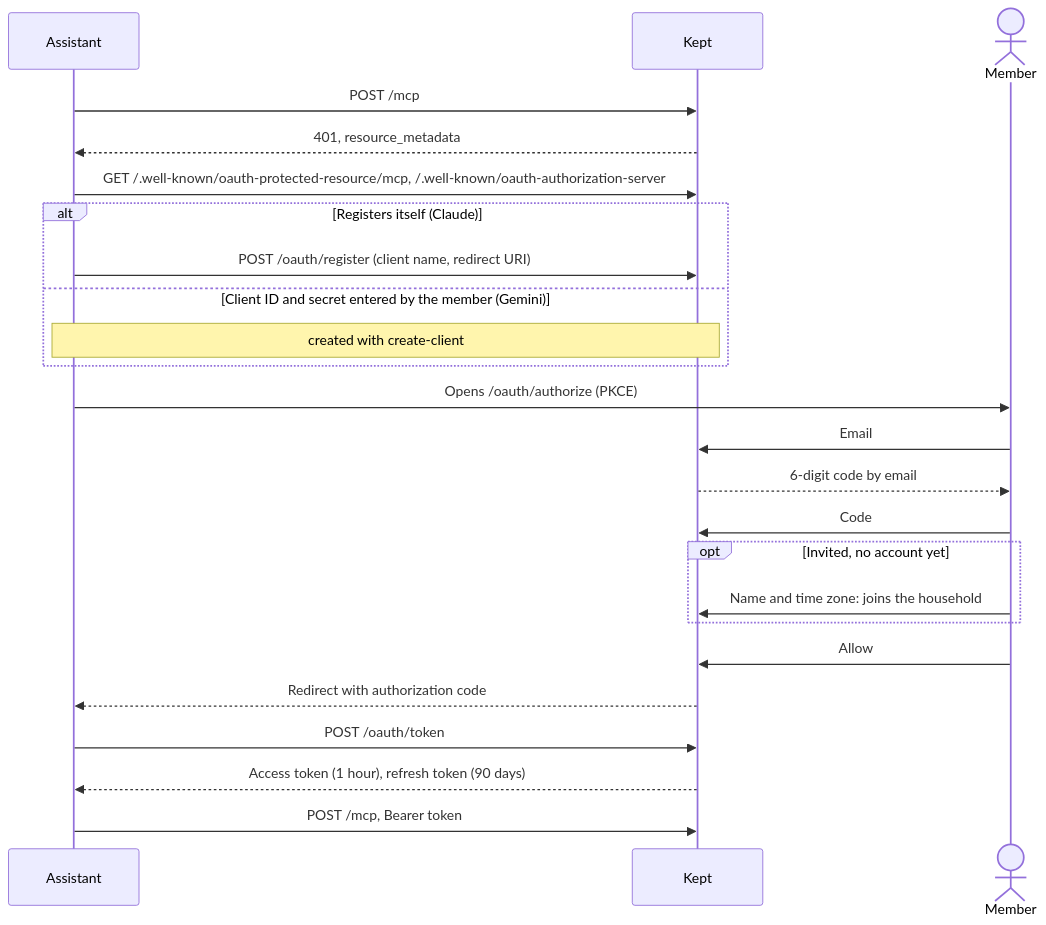
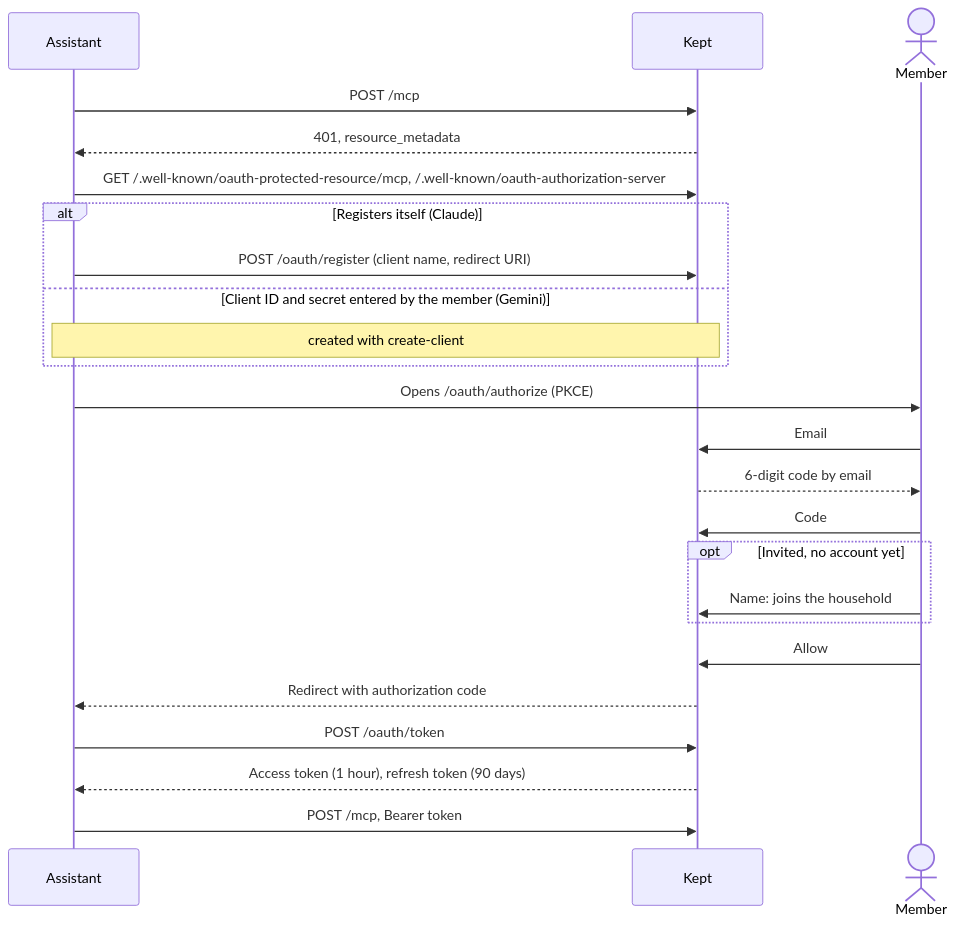
Before and after one commit to np25071984/kept: the second of 2 diagrams in docs/IMPLEMENTATION.md, drawn with Mermaid. The commit also changed other lines of this file and 27 other files, not shown here.

First line of the commit message:
One time zone per household

````diff
--- a/docs/IMPLEMENTATION.md
+++ b/docs/IMPLEMENTATION.md
@@ -416,26 +416,26 @@
 ```mermaid
 sequenceDiagram
     participant A as Assistant
     participant K as Kept
     actor M as Member
     A->>K: POST /mcp
     K-->>A: 401, resource_metadata
     A->>K: GET /.well-known/oauth-protected-resource/mcp, /.well-known/oauth-authorization-server
     alt Registers itself (Claude)
         A->>K: POST /oauth/register (client name, redirect URI)
     else Client ID and secret entered by the member (Gemini)
         Note over A,K: created with create-client
     end
     A->>M: Opens /oauth/authorize (PKCE)
     M->>K: Email
     K-->>M: 6-digit code by email
     M->>K: Code
     opt Invited, no account yet
-        M->>K: Name and time zone: joins the household
+        M->>K: Name: joins the household
     end
     M->>K: Allow
     K-->>A: Redirect with authorization code
     A->>K: POST /oauth/token
     K-->>A: Access token (1 hour), refresh token (90 days)
     A->>K: POST /mcp, Bearer token
 ```
````
